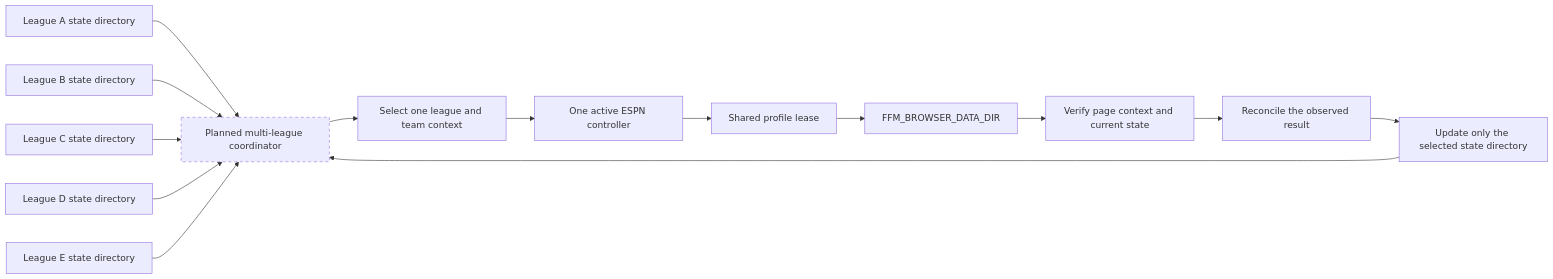
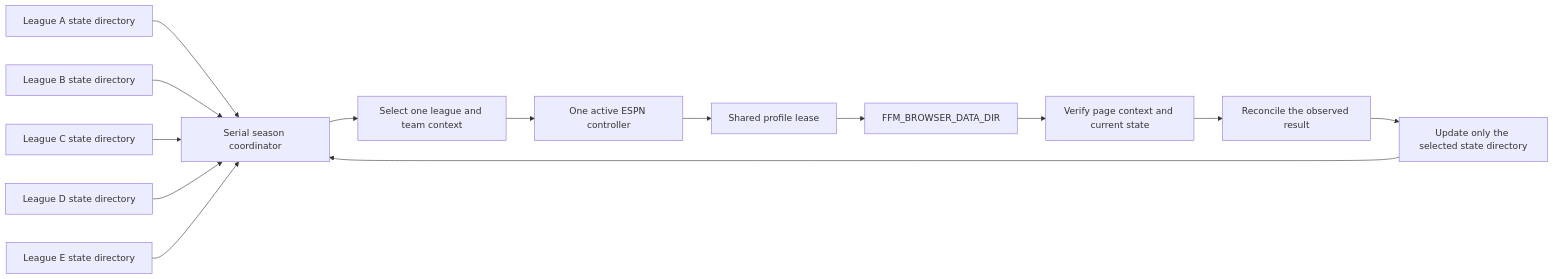
The diagram in docs/MULTI_TEAM_ACCEPTANCE.md (krmisystems/fantasy-football-manager), drawn with Mermaid before and after one commit. The commit also changed other lines of this file and 34 other files, not shown here.

Commit message:
Add server season coordinator and labeled PostgreSQL archive

````diff
--- a/docs/MULTI_TEAM_ACCEPTANCE.md
+++ b/docs/MULTI_TEAM_ACCEPTANCE.md
@@ -40,17 +40,16 @@
 ```mermaid
 flowchart LR
-    A[League A state directory] --> Q[Planned multi-league coordinator]
+    A[League A state directory] --> Q[Serial season coordinator]
     B[League B state directory] --> Q
     C[League C state directory] --> Q
     D[League D state directory] --> Q
     E[League E state directory] --> Q
     Q --> S[Select one league and team context]
     S --> X[One active ESPN controller]
     X --> L[Shared profile lease]
     L --> P[FFM_BROWSER_DATA_DIR]
     P --> V[Verify page context and current state]
     V --> R[Reconcile the observed result]
     R --> W[Update only the selected state directory]
     W --> Q
-    style Q stroke-dasharray: 5 5
 ```
````
